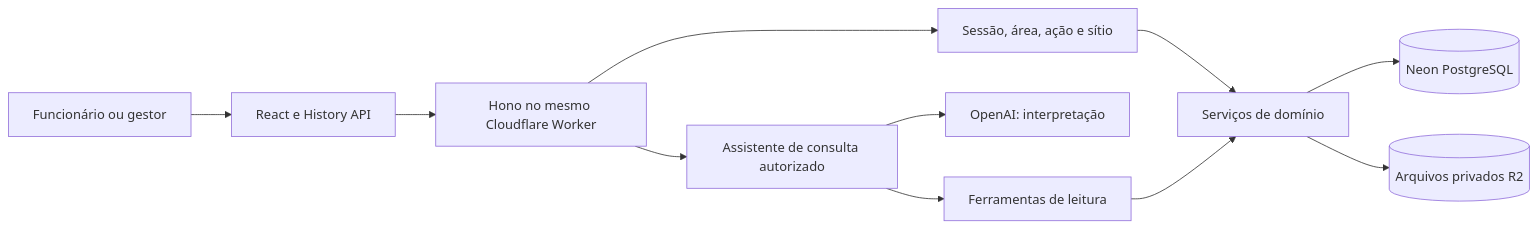
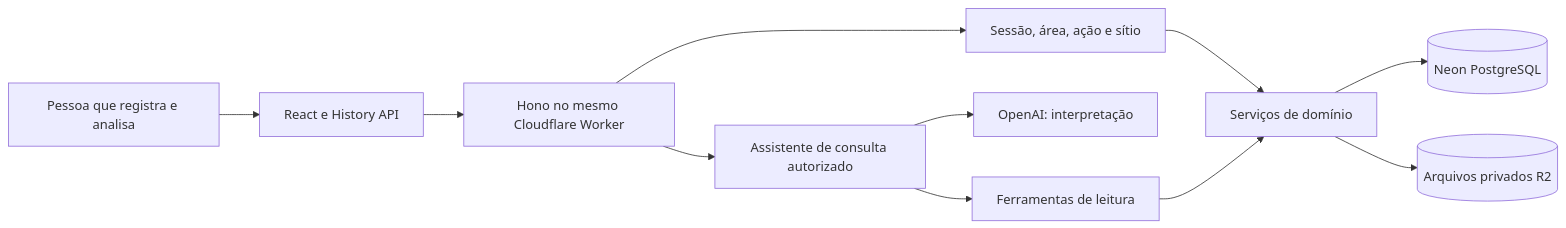
The first of 4 diagrams in docs/system-design.md (somosvira/fazendinha), drawn with Mermaid before and after one commit. The commit also changed 96 other files, not shown here.

````diff
--- a/docs/system-design.md
+++ b/docs/system-design.md
@@ -7,13 +7,13 @@
 ```mermaid
 flowchart LR
-  Pessoa[Funcionário ou gestor] --> UI[React e History API]
+  Pessoa[Pessoa que registra e analisa] --> UI[React e History API]
   UI --> API[Hono no mesmo Cloudflare Worker]
   API --> Auth[Sessão, área, ação e sítio]
   Auth --> Servicos[Serviços de domínio]
   Servicos --> Neon[(Neon PostgreSQL)]
   Servicos --> R2[(Arquivos privados R2)]
   API --> Assistente[Assistente de consulta autorizado]
   Assistente --> OpenAI[OpenAI: interpretação]
   Assistente --> Leitura[Ferramentas de leitura]
   Leitura --> Servicos
 ```
````
